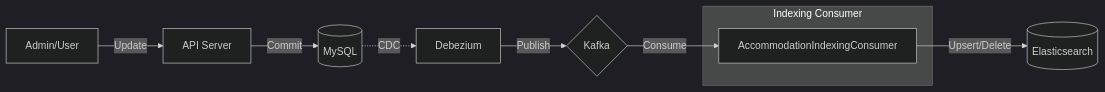
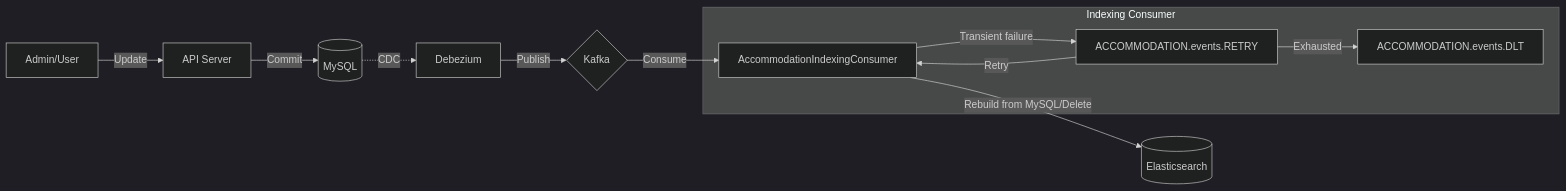
The third of 4 diagrams in README.md (eeoos/airbob), drawn with Mermaid (dark theme) before and after one commit. The commit also changed 22 other files, not shown here.

````diff
--- a/README.md
+++ b/README.md
@@ -239,14 +239,19 @@
 ```mermaid
 graph LR
     User[Admin/User] -->|Update| API[API Server]
     API -->|Commit| DB[(MySQL)]
     DB -.->|CDC| Debezium[Debezium]
     Debezium -->|Publish| Kafka{Kafka}
     
     subgraph "Indexing Consumer"
         Consumer[AccommodationIndexingConsumer]
+        Retry[ACCOMMODATION.events.RETRY]
+        DLT[ACCOMMODATION.events.DLT]
     end
     
     Kafka -->|Consume| Consumer
-    Consumer -->|Upsert/Delete| ES[(Elasticsearch)]
+    Consumer -->|Rebuild from MySQL/Delete| ES[(Elasticsearch)]
+    Consumer -->|Transient failure| Retry
+    Retry -->|Retry| Consumer
+    Retry -->|Exhausted| DLT
 ```
````
